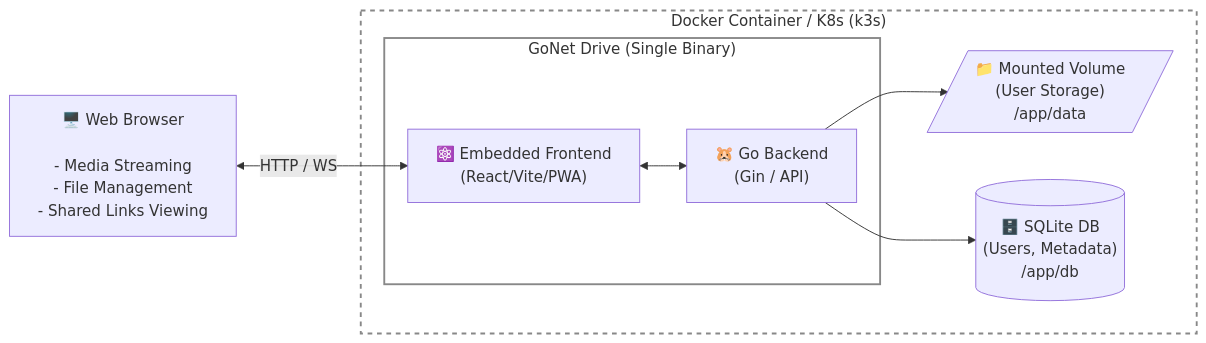
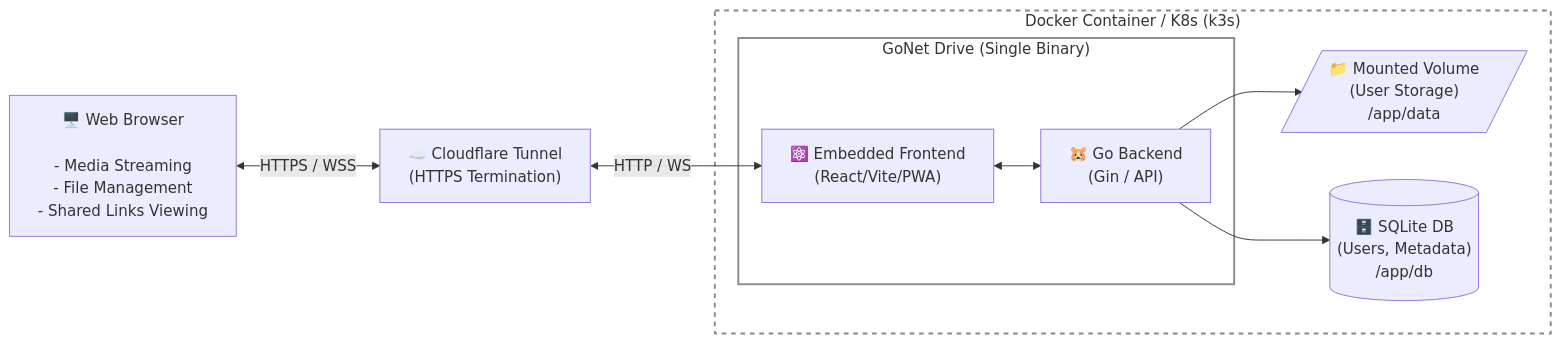
One commit to leonkhoo123/gonet-drive changed the diagram in README.md. Above: the diagram before and after it, drawn with Mermaid.

````diff
--- a/README.md
+++ b/README.md
@@ -33,22 +33,25 @@
 ```mermaid
 flowchart LR
     Browser["🖥️ Web Browser<br/><br/>- Media Streaming<br/>- File Management<br/>- Shared Links Viewing"]
+
+    Cloudflare["☁️ Cloudflare Tunnel<br/>(HTTPS Termination)"]
 
     subgraph Env ["Docker Container / K8s (k3s)"]
         subgraph Binary ["GoNet Drive (Single Binary)"]
             Frontend["⚛️ Embedded Frontend<br/>(React/Vite/PWA)"]
             Backend["🐹 Go Backend<br/>(Gin / API)"]
         end
         
         Storage[/"📁 Mounted Volume<br/>(User Storage)<br/>/app/data"/]
         DB[("🗄️ SQLite DB<br/>(Users, Metadata)<br/>/app/db")]
     end
 
-    Browser <-->|"HTTP / WS"| Frontend
+    Browser <-->|"HTTPS / WSS"| Cloudflare
+    Cloudflare <-->|"HTTP / WS"| Frontend
     Frontend <--> Backend
     Backend --> Storage
     Backend --> DB
 
     style Env fill:none,stroke:#888,stroke-width:2px,stroke-dasharray: 5 5
     style Binary fill:none,stroke:#888,stroke-width:2px
 ```
````
